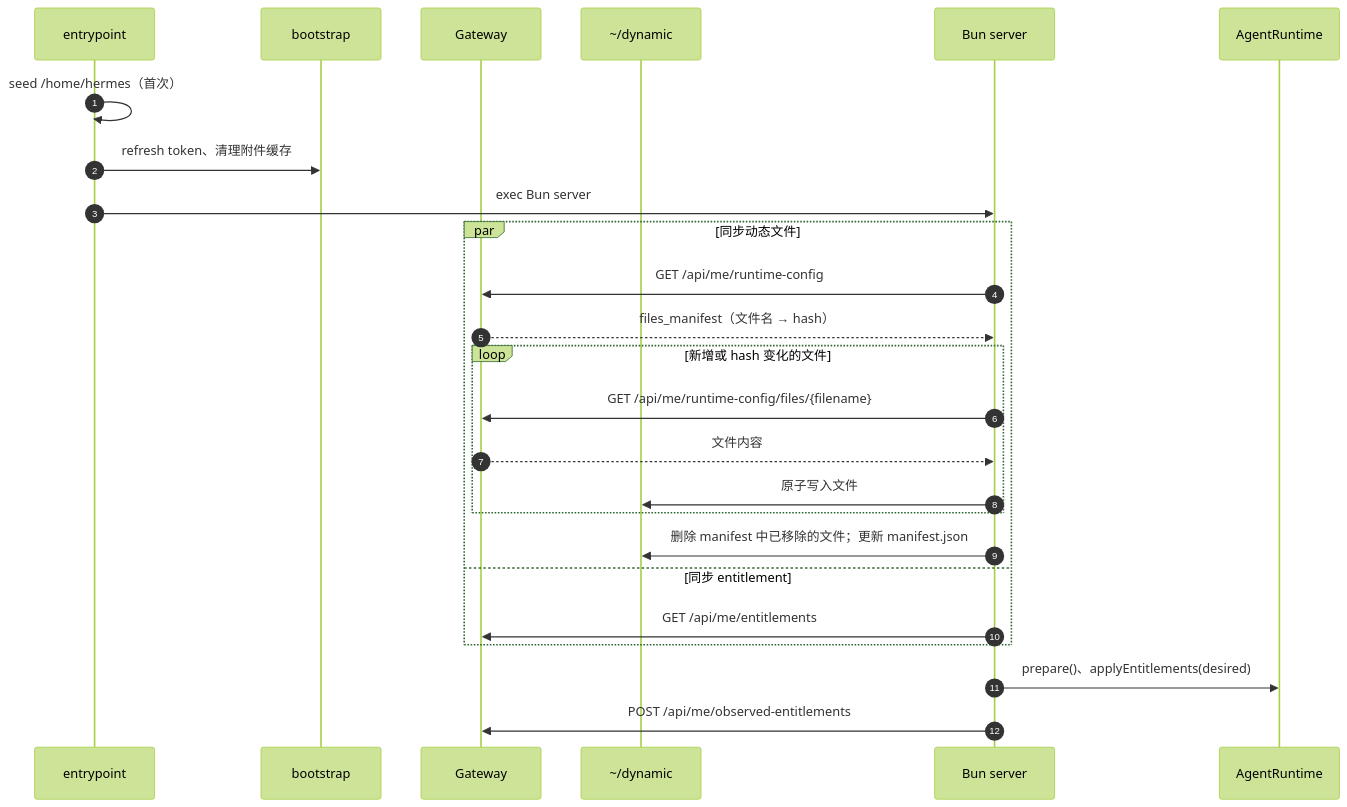
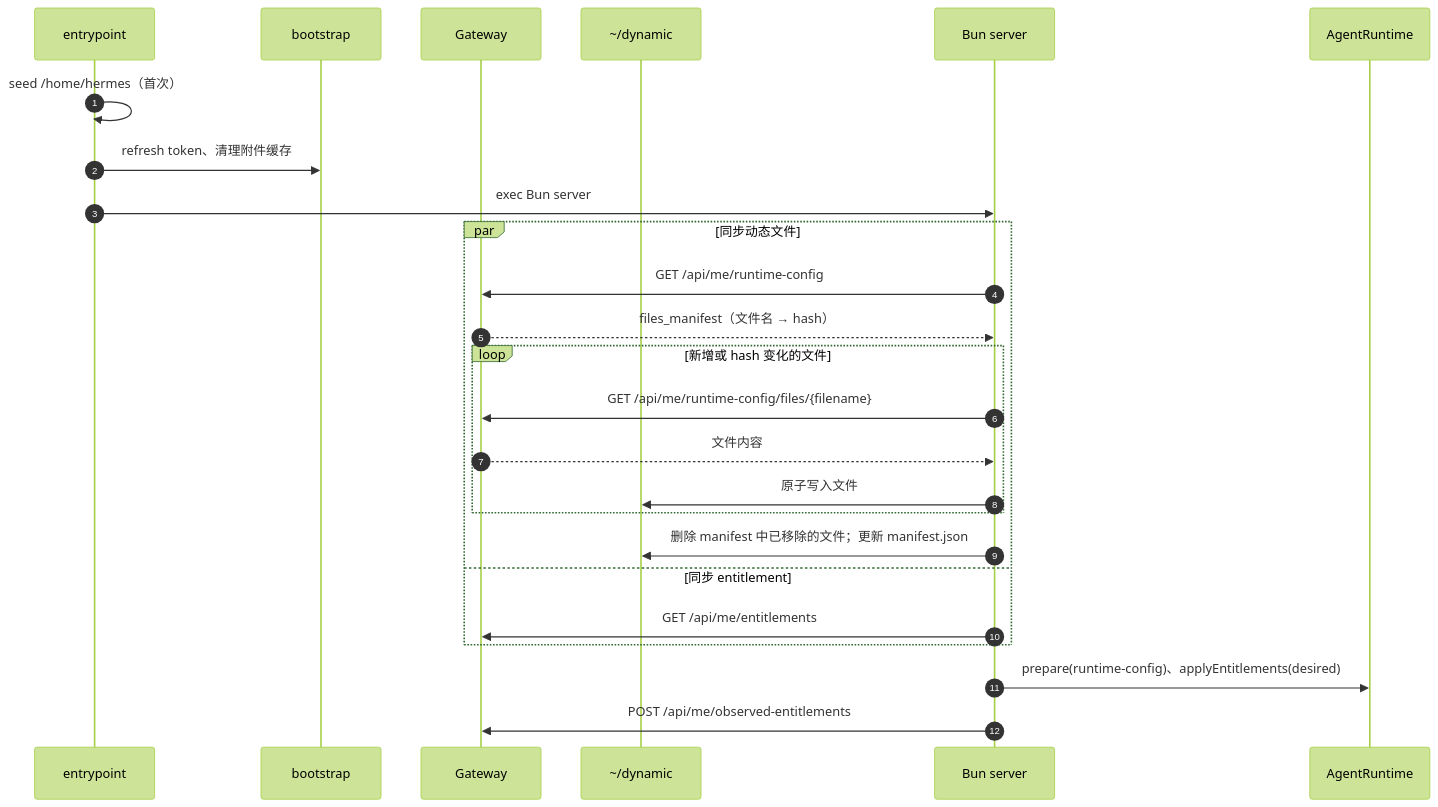
Before and after one commit to jiayiyan-AI/laifu: the second of 5 diagrams in docs/pi-agent.md, drawn with Mermaid (forest theme). The commit also changed other lines of this file and 26 other files, not shown here.

````diff
--- a/docs/pi-agent.md
+++ b/docs/pi-agent.md
@@ -76,28 +76,28 @@
 ```mermaid
 sequenceDiagram
     autonumber
     participant E as entrypoint
     participant B as bootstrap
     participant G as Gateway
     participant D as ~/dynamic
     participant S as Bun server
     participant R as AgentRuntime
 
     E->>E: seed /home/hermes（首次）
     E->>B: refresh token、清理附件缓存
     E->>S: exec Bun server
     par 同步动态文件
         S->>G: GET /api/me/runtime-config
         G-->>S: files_manifest（文件名 → hash）
         loop 新增或 hash 变化的文件
             S->>G: GET /api/me/runtime-config/files/{filename}
             G-->>S: 文件内容
             S->>D: 原子写入文件
         end
         S->>D: 删除 manifest 中已移除的文件；更新 manifest.json
     and 同步 entitlement
         S->>G: GET /api/me/entitlements
     end
-    S->>R: prepare()、applyEntitlements(desired)
+    S->>R: prepare(runtime-config)、applyEntitlements(desired)
     S->>G: POST /api/me/observed-entitlements
 ```
````
